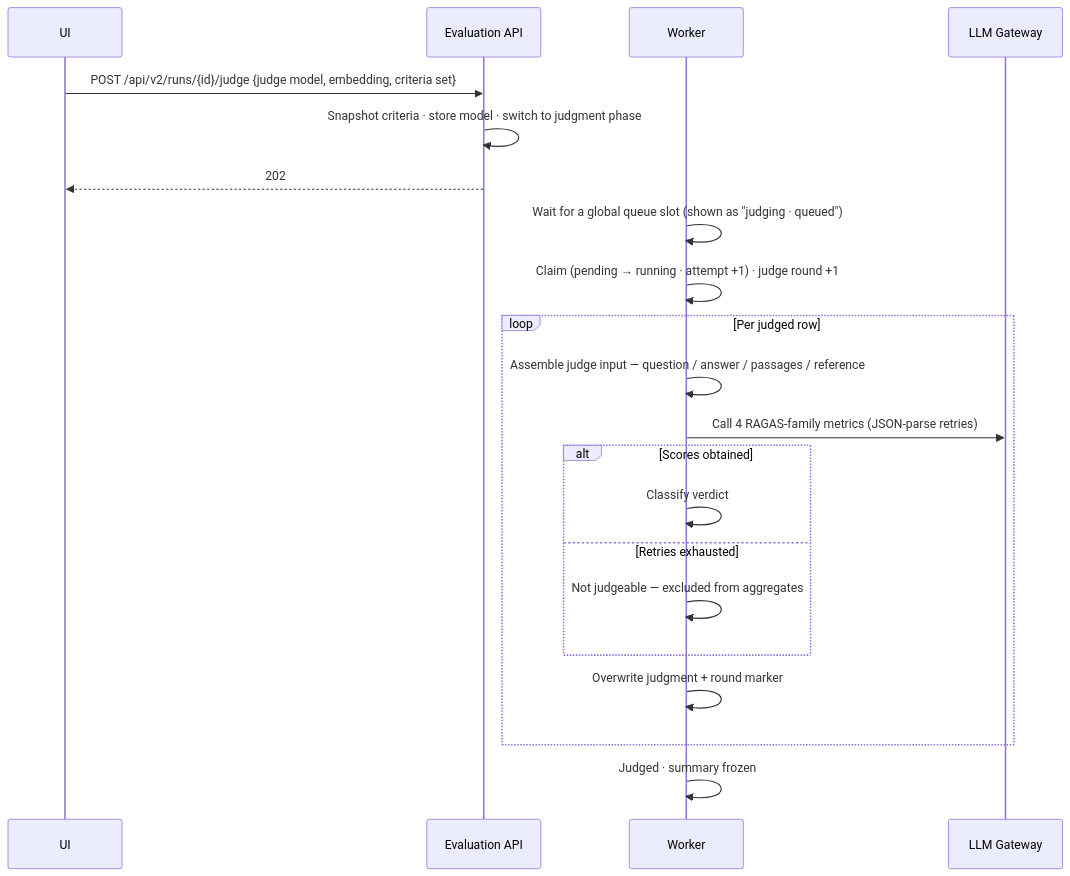
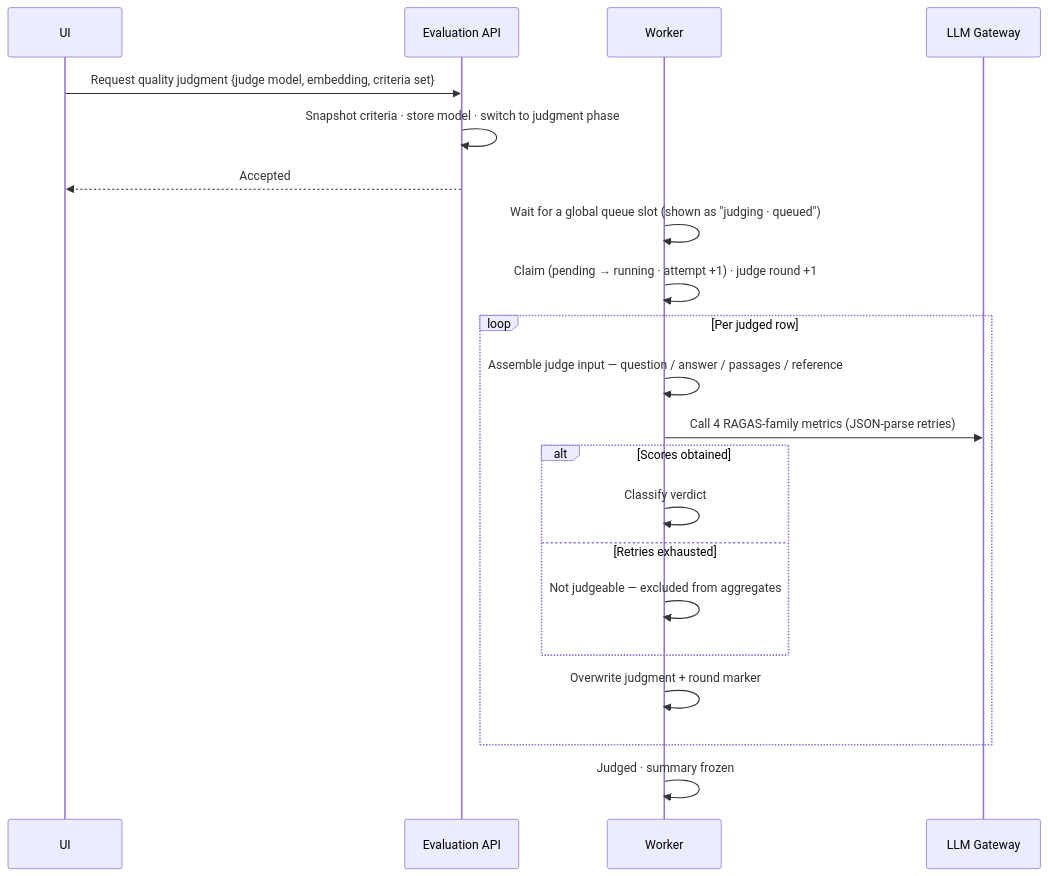
Before and after one commit to comsa33/porfolio-site: the diagram in public/architecture/evaluator/judgment-run-en.mmd, drawn with Mermaid. The commit also changed 14 other files, not shown here.

First line of the commit message:
feat: harness architecture diagrams; strip internal API paths from diagrams

```diff
--- a/public/architecture/evaluator/judgment-run-en.mmd
+++ b/public/architecture/evaluator/judgment-run-en.mmd
@@ -1,21 +1,21 @@
 sequenceDiagram
     participant UI
     participant API as Evaluation API
     participant W as Worker
     participant LG as LLM Gateway
-    UI->>API: POST /api/v2/runs/{id}/judge {judge model, embedding, criteria set}
+    UI->>API: Request quality judgment {judge model, embedding, criteria set}
     API->>API: Snapshot criteria · store model · switch to judgment phase
-    API-->>UI: 202
+    API-->>UI: Accepted
     W->>W: Wait for a global queue slot (shown as "judging · queued")
     W->>W: Claim (pending → running · attempt +1) · judge round +1
     loop Per judged row
         W->>W: Assemble judge input — question / answer / passages / reference
         W->>LG: Call 4 RAGAS-family metrics (JSON-parse retries)
         alt Scores obtained
             W->>W: Classify verdict
         else Retries exhausted
             W->>W: Not judgeable — excluded from aggregates
         end
         W->>W: Overwrite judgment + round marker
     end
     W->>W: Judged · summary frozen
```
